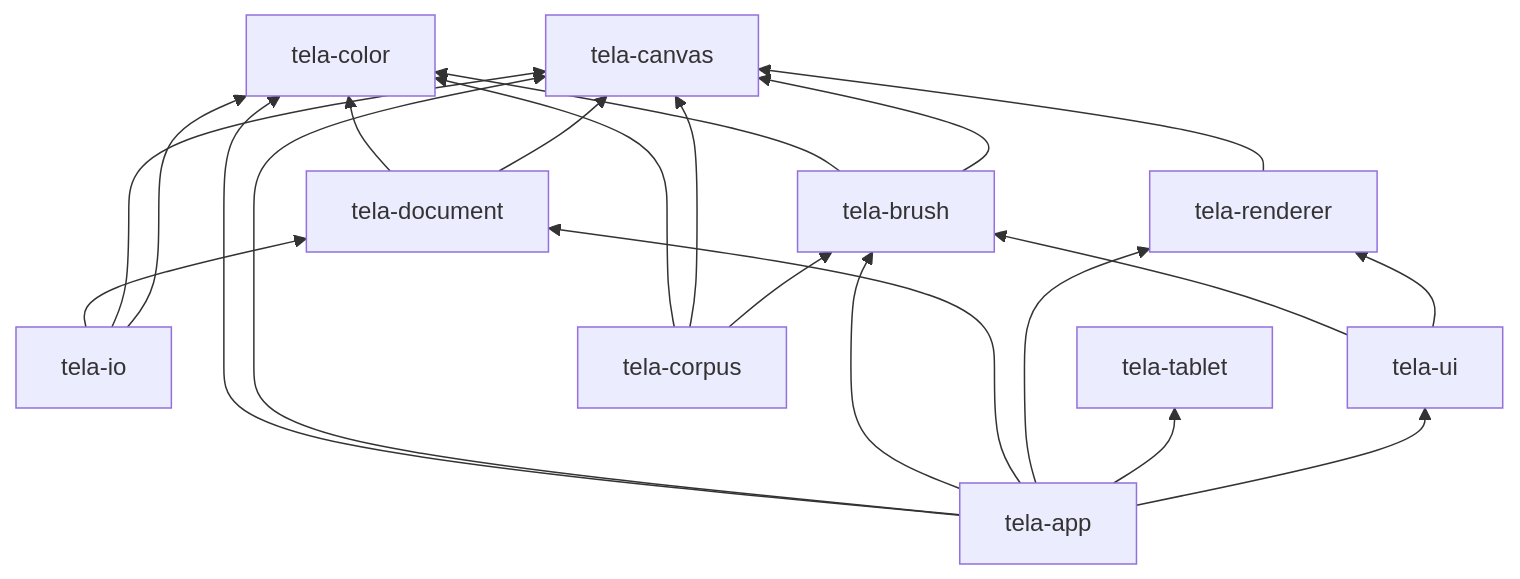
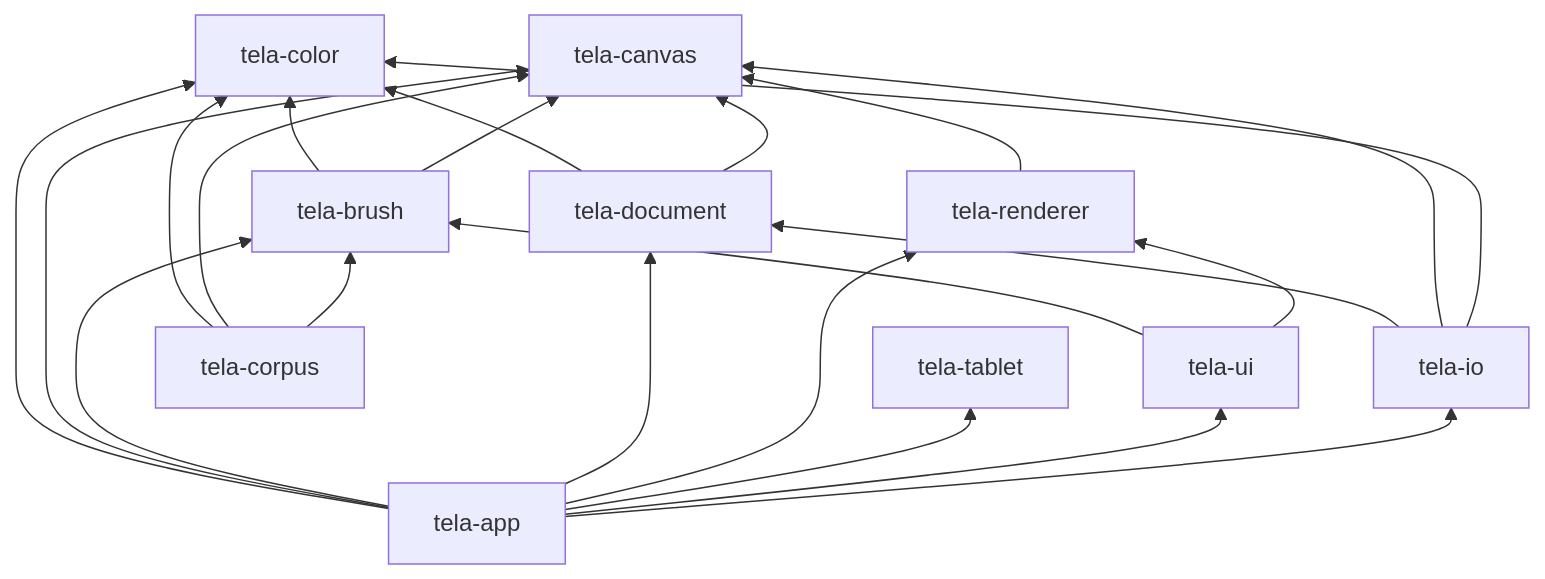
One commit to Caayu/Mirae changed the diagram in docs/architecture/crate-dependencies.md. Above: the diagram before and after it, drawn with Mermaid. The commit also changed other lines of this file and 10 other files, not shown here.

````diff
--- a/docs/architecture/crate-dependencies.md
+++ b/docs/architecture/crate-dependencies.md
@@ -12,34 +12,35 @@
 ```mermaid
 graph BT
     color[tela-color]
     canvas[tela-canvas]
     brush[tela-brush]
     document[tela-document]
     io[tela-io]
     renderer[tela-renderer]
     tablet[tela-tablet]
     ui[tela-ui]
     corpus[tela-corpus]
     app[tela-app]
 
     brush --> color
     brush --> canvas
     document --> color
     document --> canvas
     io --> document
     io --> canvas
     io --> color
     renderer --> canvas
     ui --> brush
     ui --> renderer
     corpus --> color
     corpus --> canvas
     corpus --> brush
     app --> color
     app --> canvas
     app --> brush
     app --> document
     app --> renderer
     app --> tablet
     app --> ui
+    app --> io
 ```
````
